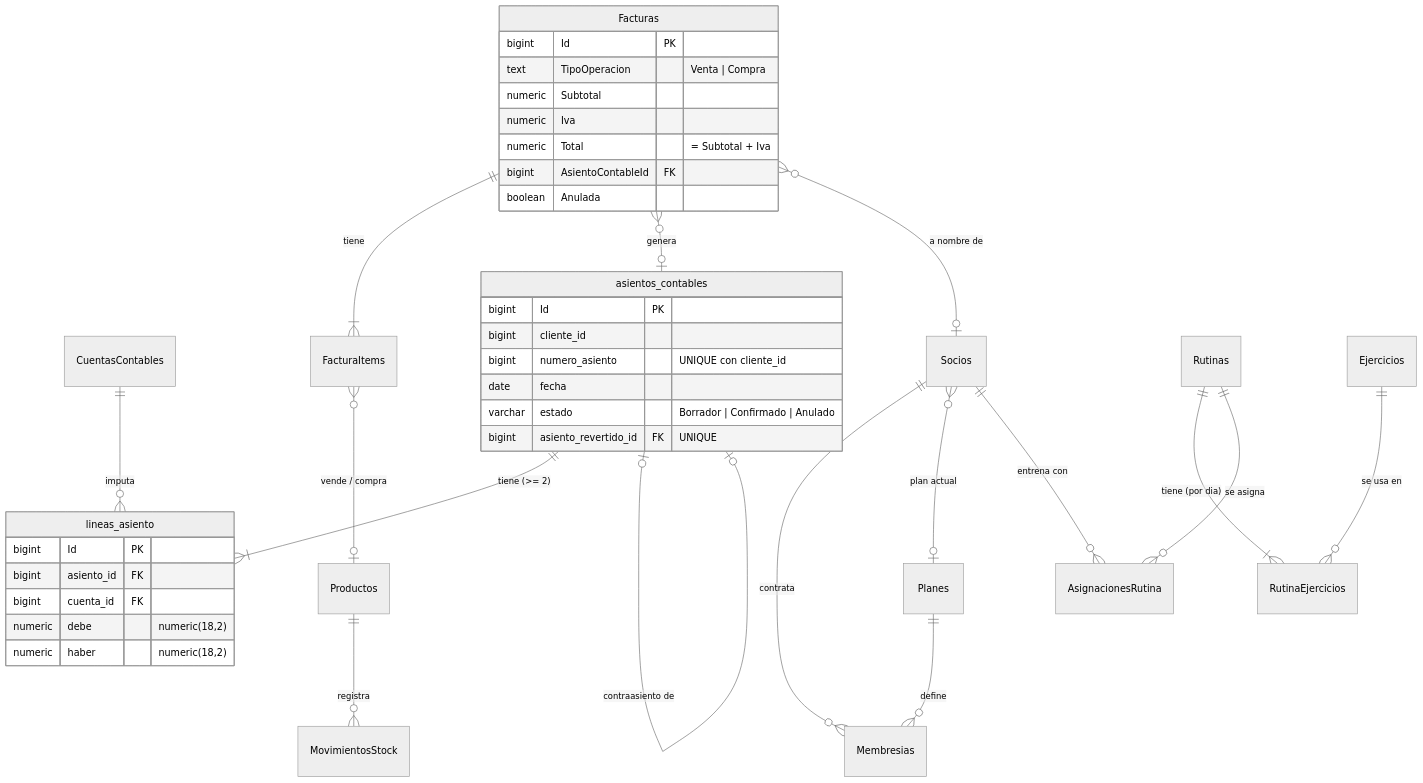
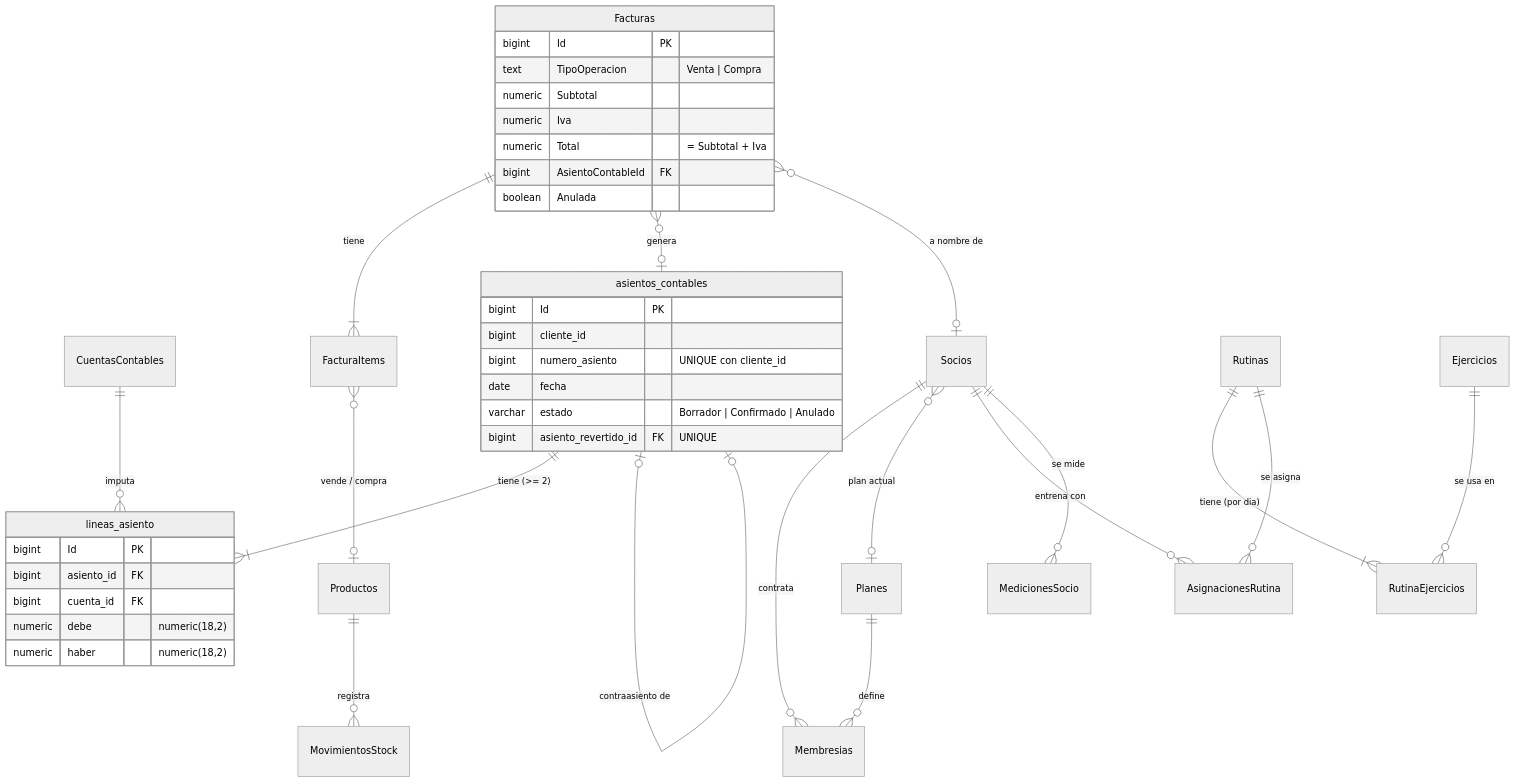
Before and after one commit to IGNACIOBONGIOVANNI/gymstudio-erp: the diagram in docs/BASE_DE_DATOS.md, drawn with Mermaid (neutral theme). The commit also changed other lines of this file and 16 other files, not shown here.

````diff
--- a/docs/BASE_DE_DATOS.md
+++ b/docs/BASE_DE_DATOS.md
@@ -26,43 +26,44 @@
 ```mermaid
 erDiagram
     CuentasContables ||--o{ lineas_asiento : "imputa"
     asientos_contables ||--|{ lineas_asiento : "tiene (>= 2)"
     asientos_contables |o--o| asientos_contables : "contraasiento de"
     Facturas ||--|{ FacturaItems : "tiene"
     Facturas }o--o| asientos_contables : "genera"
     FacturaItems }o--o| Productos : "vende / compra"
     Productos ||--o{ MovimientosStock : "registra"
     Facturas }o--o| Socios : "a nombre de"
     Socios ||--o{ Membresias : "contrata"
     Planes ||--o{ Membresias : "define"
     Socios }o--o| Planes : "plan actual"
     Rutinas ||--|{ RutinaEjercicios : "tiene (por dia)"
     Ejercicios ||--o{ RutinaEjercicios : "se usa en"
     Socios ||--o{ AsignacionesRutina : "entrena con"
     Rutinas ||--o{ AsignacionesRutina : "se asigna"
+    Socios ||--o{ MedicionesSocio : "se mide"
 
     asientos_contables {
         bigint Id PK
         bigint cliente_id
         bigint numero_asiento "UNIQUE con cliente_id"
         date fecha
         varchar estado "Borrador | Confirmado | Anulado"
         bigint asiento_revertido_id FK "UNIQUE"
     }
     lineas_asiento {
         bigint Id PK
         bigint asiento_id FK
         bigint cuenta_id FK
         numeric debe "numeric(18,2)"
         numeric haber "numeric(18,2)"
     }
     Facturas {
         bigint Id PK
         text TipoOperacion "Venta | Compra"
         numeric Subtotal
         numeric Iva
         numeric Total "= Subtotal + Iva"
         bigint AsientoContableId FK
         boolean Anulada
     }
 ```
````
